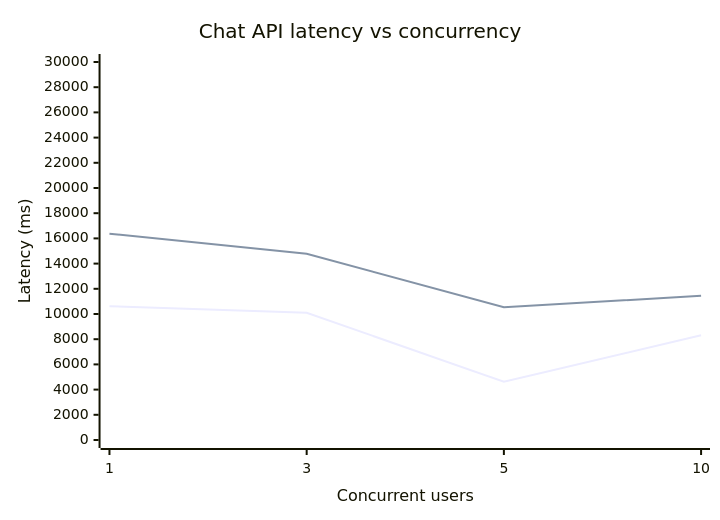
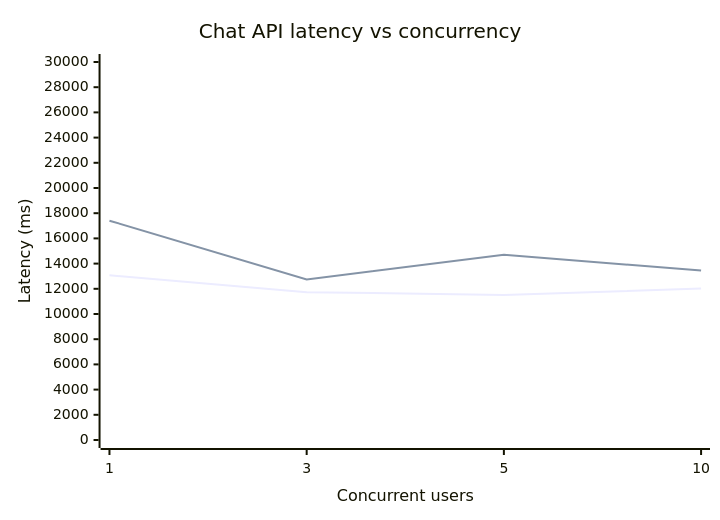
One commit to satyam-kalihari/sahyadri-echoes changed the first of 5 diagrams in reports/chat-performance-report.md. Above: the diagram before and after it, drawn with Mermaid. The commit also changed other lines of this file and 2 other files, not shown here.

Commit message:
SLO Compliance Graph, Apdex Graph, Throughput Graph

````diff
--- a/reports/chat-performance-report.md
+++ b/reports/chat-performance-report.md
@@ -10,8 +13,8 @@
 ```mermaid
 xychart-beta
     title "Chat API latency vs concurrency"
     x-axis "Concurrent users" [1, 3, 5, 10]
     y-axis "Latency (ms)" 0 --> 30000
-    line "Average" [10615.3, 10102.65, 4621.15, 8310.05]
-    line "P95" [16371, 14787, 10540, 11443]
+    line "Average" [13077, 11731.33, 11513.67, 12023.67]
+    line "P95" [17407, 12746, 14694, 13461]
 ```
````
